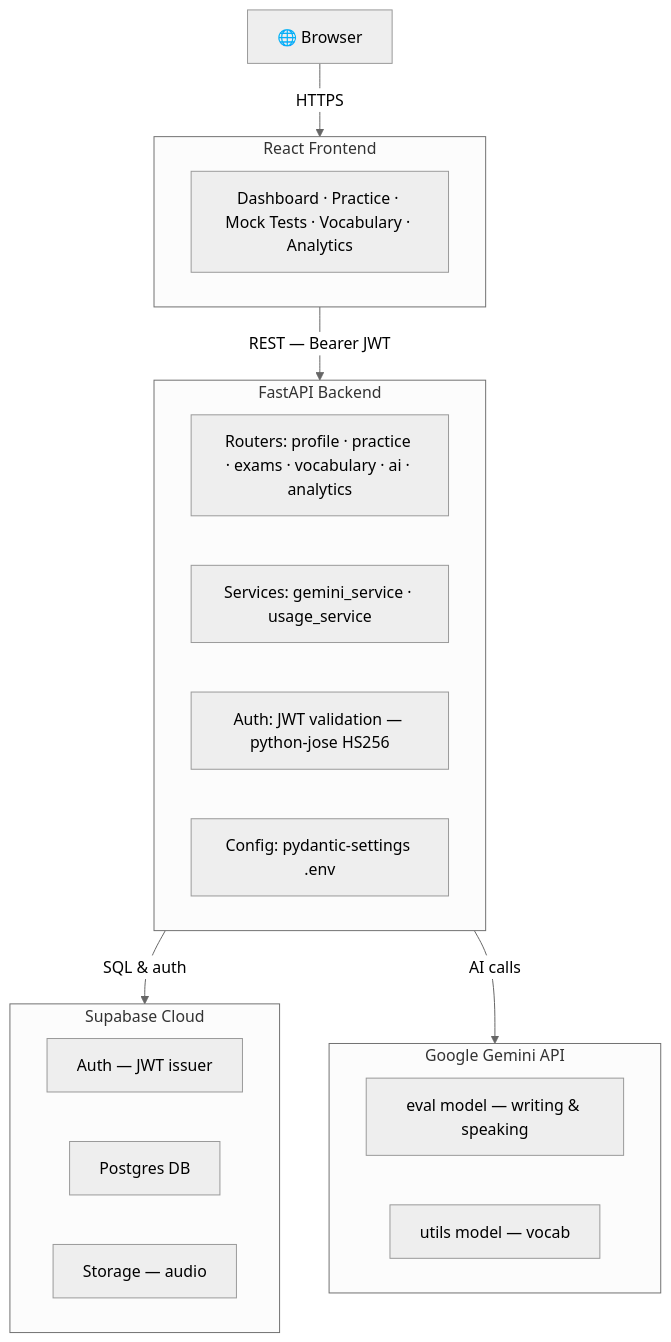
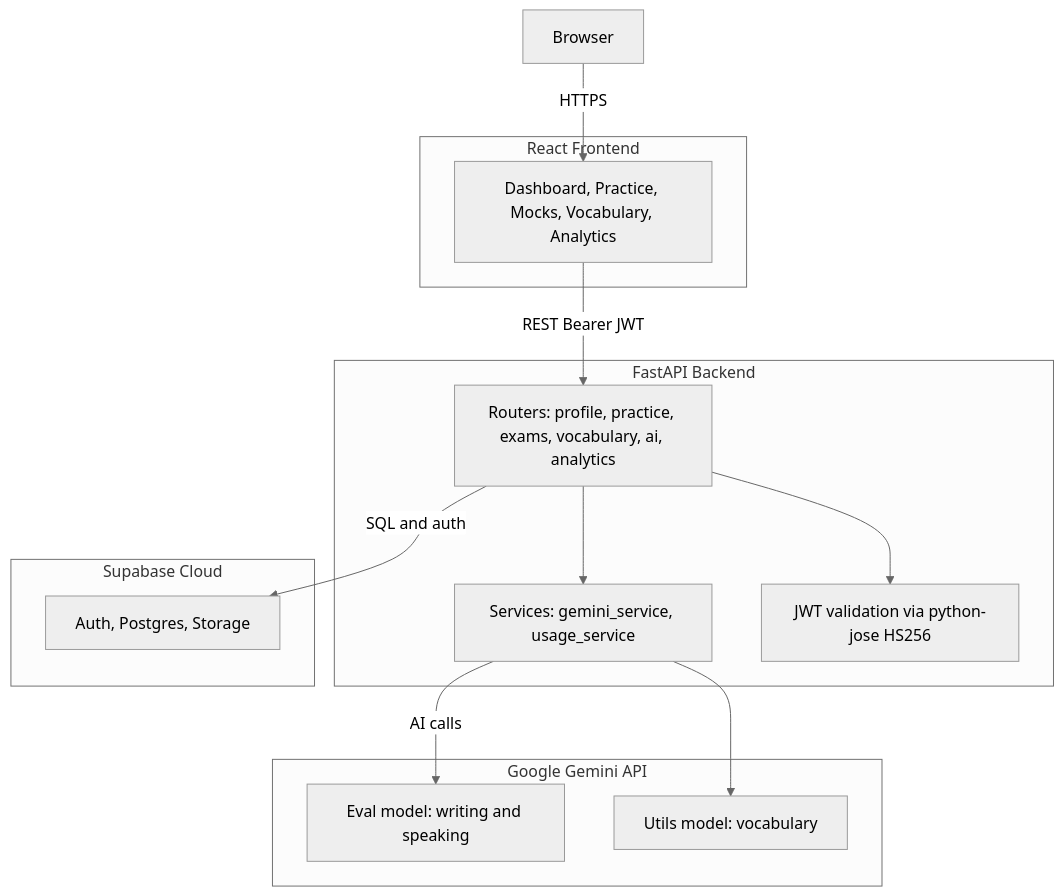
Before and after one commit to Jenil013/Frensify: the diagram in README.md, drawn with Mermaid (neutral theme). The commit also changed 5 other files, not shown here.

````diff
--- a/README.md
+++ b/README.md
@@ -11,31 +11,31 @@
 ```mermaid
-graph TD
-    Browser["🌐 Browser"]
+flowchart TD
+    Browser[Browser]
 
-    subgraph Frontend["React Frontend"]
-        Pages["Dashboard · Practice · Mock Tests · Vocabulary · Analytics"]
+    subgraph frontend [React Frontend]
+        Pages[Dashboard, Practice, Mocks, Vocabulary, Analytics]
     end
 
-    subgraph API["FastAPI Backend"]
-        Routers["Routers: profile · practice · exams · vocabulary · ai · analytics"]
-        Services["Services: gemini_service · usage_service"]
-        Auth["Auth: JWT validation — python-jose HS256"]
-        Config["Config: pydantic-settings .env"]
+    subgraph api [FastAPI Backend]
+        Routers[Routers: profile, practice, exams, vocabulary, ai, analytics]
+        Services[Services: gemini_service, usage_service]
+        Auth[JWT validation via python-jose HS256]
     end
 
-    subgraph Supabase["Supabase Cloud"]
-        SupaAuth["Auth — JWT issuer"]
-        SupaDB["Postgres DB"]
-        SupaStorage["Storage — audio"]
+    subgraph supabase [Supabase Cloud]
+        SupaStack[Auth, Postgres, Storage]
     end
 
-    subgraph Gemini["Google Gemini API"]
-        EvalModel["eval model — writing & speaking"]
-        UtilsModel["utils model — vocab"]
+    subgraph gemini [Google Gemini API]
+        EvalModel[Eval model: writing and speaking]
+        UtilsModel[Utils model: vocabulary]
     end
 
-    Browser -->|HTTPS| Frontend
-    Frontend -->|"REST — Bearer JWT"| API
-    API -->|SQL & auth| Supabase
-    API -->|AI calls| Gemini
+    Browser -->|HTTPS| Pages
+    Pages -->|REST Bearer JWT| Routers
+    Routers --> Services
+    Routers --> Auth
+    Routers -->|SQL and auth| SupaStack
+    Services -->|AI calls| EvalModel
+    Services --> UtilsModel
 ```
````
